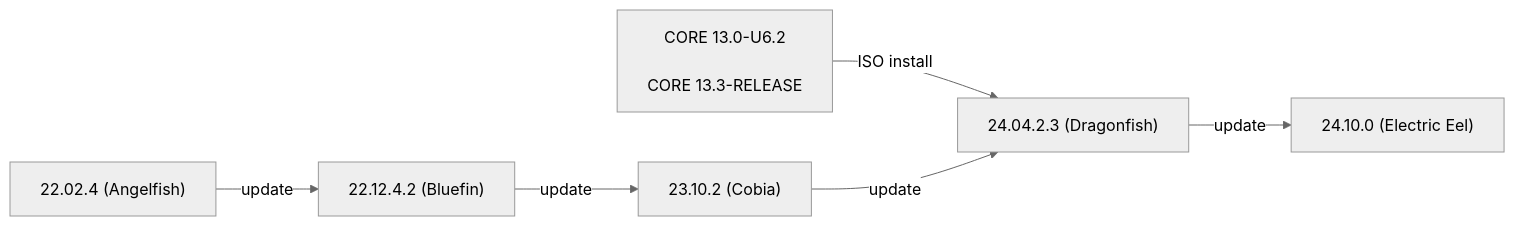
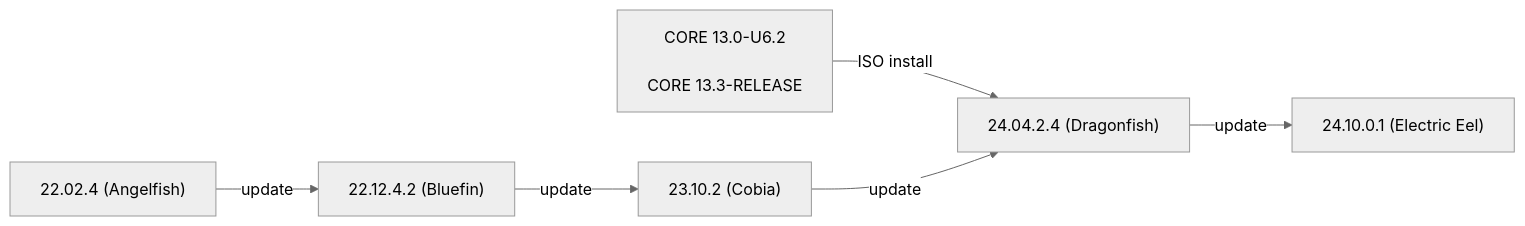
Before and after one commit to truenas/documentation: the first of 2 diagrams in static/includes/SCALEUpgradePaths.md, drawn with Mermaid (neutral theme). The commit also changed other lines of this file and 3 other files, not shown here.

```diff
--- a/static/includes/SCALEUpgradePaths.md
+++ b/static/includes/SCALEUpgradePaths.md
@@ -49,9 +49,9 @@
           {{< mermaid class="mermaid_sizing" >}}
           flowchart LR
             A["22.02.4 (Angelfish)"] -->|update| C
             B["CORE 13.0-U6.2<br><br>CORE 13.3-RELEASE"] -->|ISO install| E
             C["22.12.4.2 (Bluefin)"] -->|update| D
             D["23.10.2 (Cobia)"] -->|update| E
-            E["24.04.2.3 (Dragonfish)"] -->|update| H
-            H["24.10.0 (Electric Eel)"]
+            E["24.04.2.4 (Dragonfish)"] -->|update| H
+            H["24.10.0.1 (Electric Eel)"]
           {{< /mermaid >}}
```
